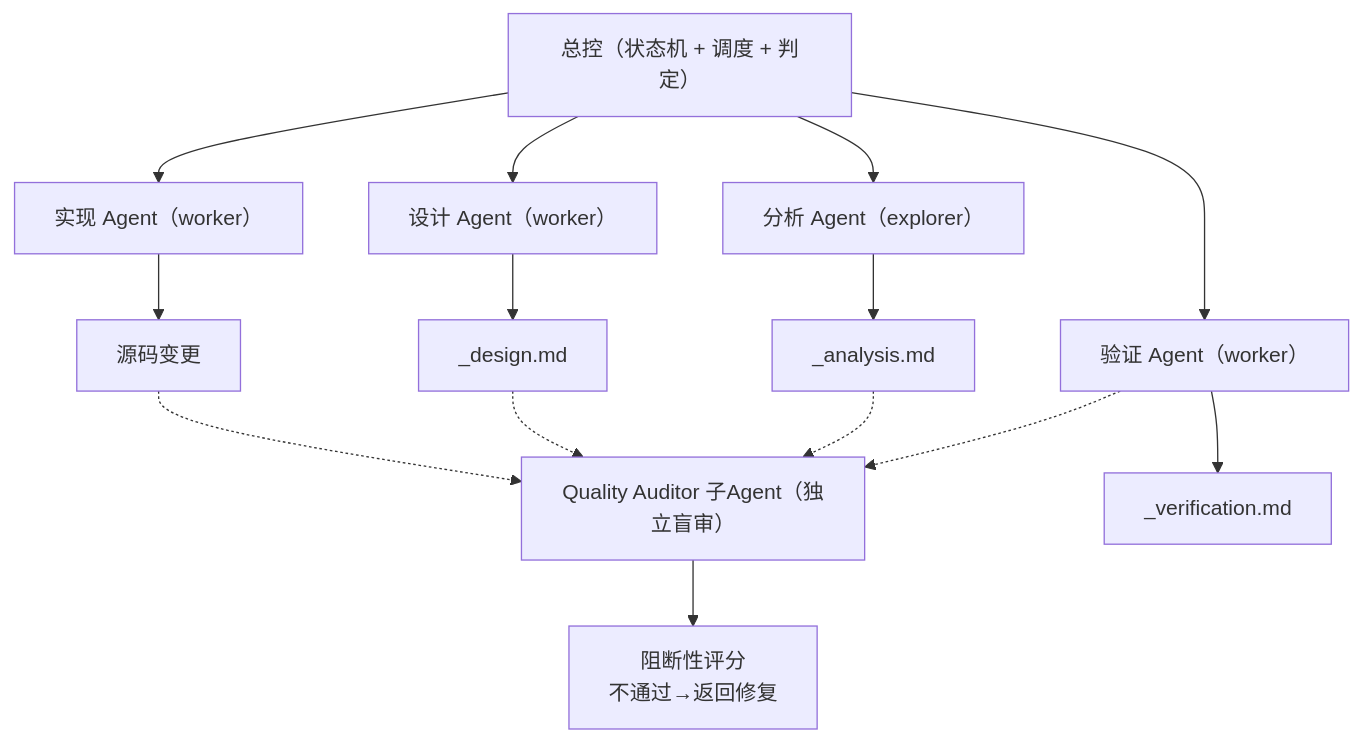
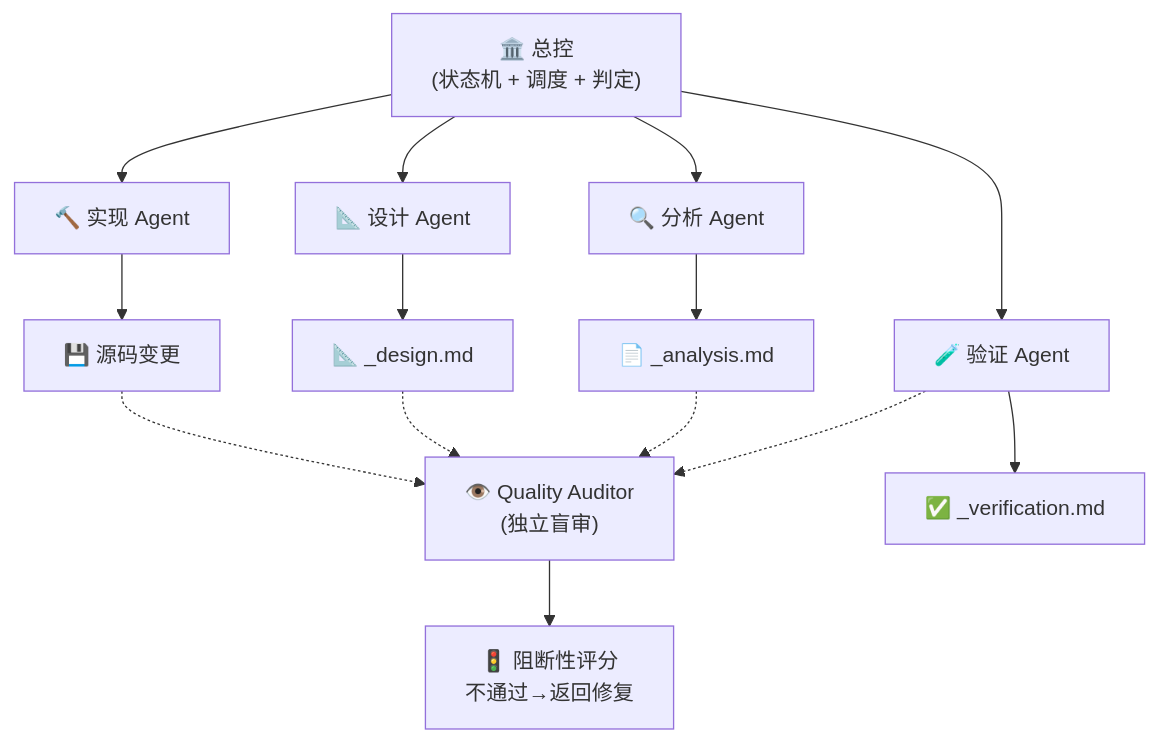
Before and after one commit to songzhou666/ReqPlan-v3: the diagram in README.md, drawn with Mermaid. The commit also changed other lines of this file, not shown here.

````diff
--- a/README.md
+++ b/README.md
@@ -53,23 +127,23 @@
 ```mermaid
 flowchart TD
-    Controller["总控（状态机 + 调度 + 判定）"]
-    Analyzer["分析 Agent（explorer）"]
-    Designer["设计 Agent（worker）"]
-    Implementer["实现 Agent（worker）"]
-    Verifier["验证 Agent（worker）"]
-    QA["Quality Auditor 子Agent（独立盲审）"]
+    Controller["🏛️ 总控<br>(状态机 + 调度 + 判定)"]
+    Analyzer["🔍 分析 Agent"]
+    Designer["📐 设计 Agent"]
+    Implementer["🔨 实现 Agent"]
+    Verifier["🧪 验证 Agent"]
+    QA["👁️ Quality Auditor<br>(独立盲审)"]
 
     Controller --> Analyzer
     Controller --> Designer
     Controller --> Implementer
     Controller --> Verifier
-    Analyzer --> A["_analysis.md"]
-    Designer --> D["_design.md"]
-    Implementer --> I["源码变更"]
-    Verifier --> V["_verification.md"]
+    Analyzer --> A["📄 _analysis.md"]
+    Designer --> D["📐 _design.md"]
+    Implementer --> I["💾 源码变更"]
+    Verifier --> V["✅ _verification.md"]
     Verifier -.-> QA
     A -.-> QA
     D -.-> QA
     I -.-> QA
-    QA --> Q["阻断性评分\n不通过→返回修复"]
+    QA --> Q["🚦 阻断性评分<br>不通过→返回修复"]
 ```
````
